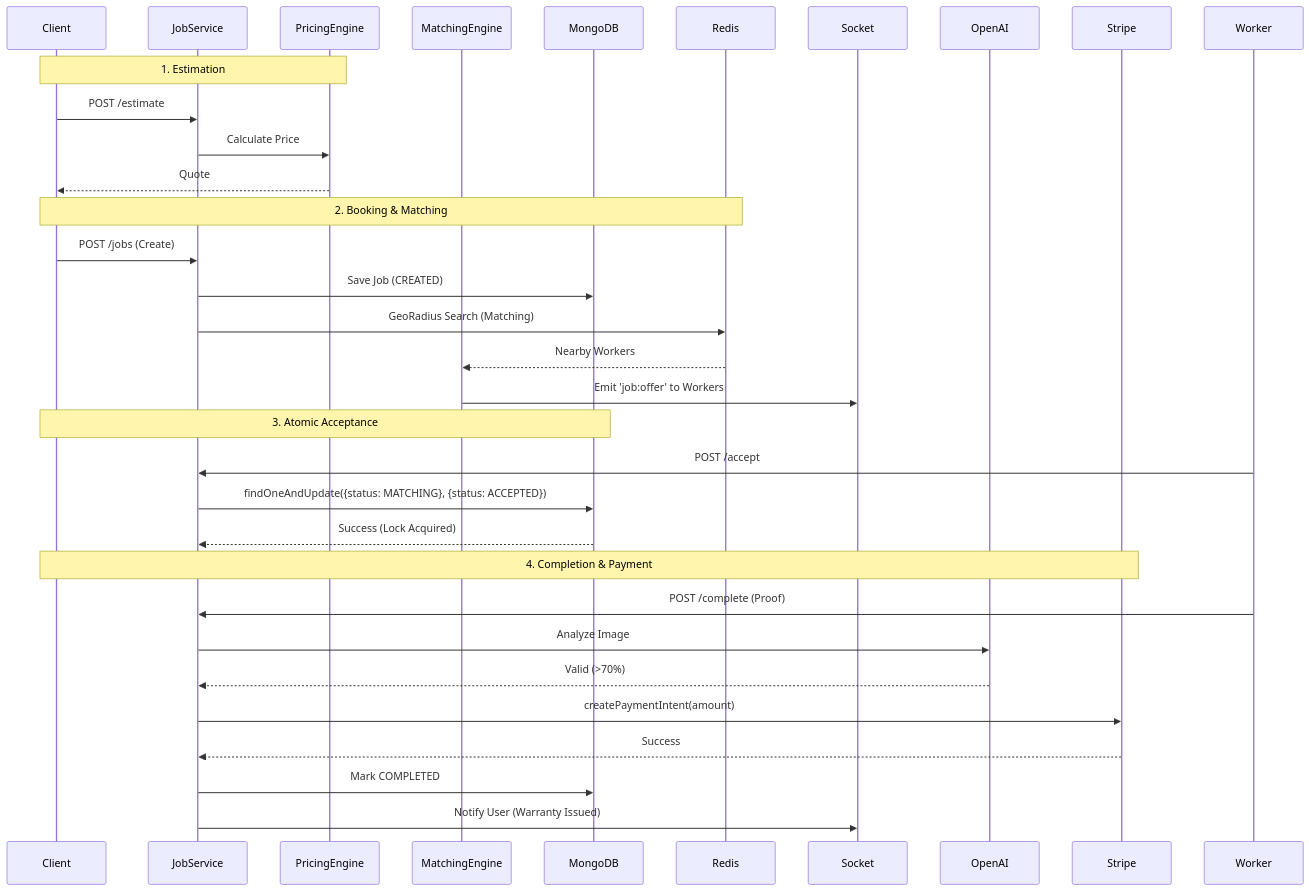
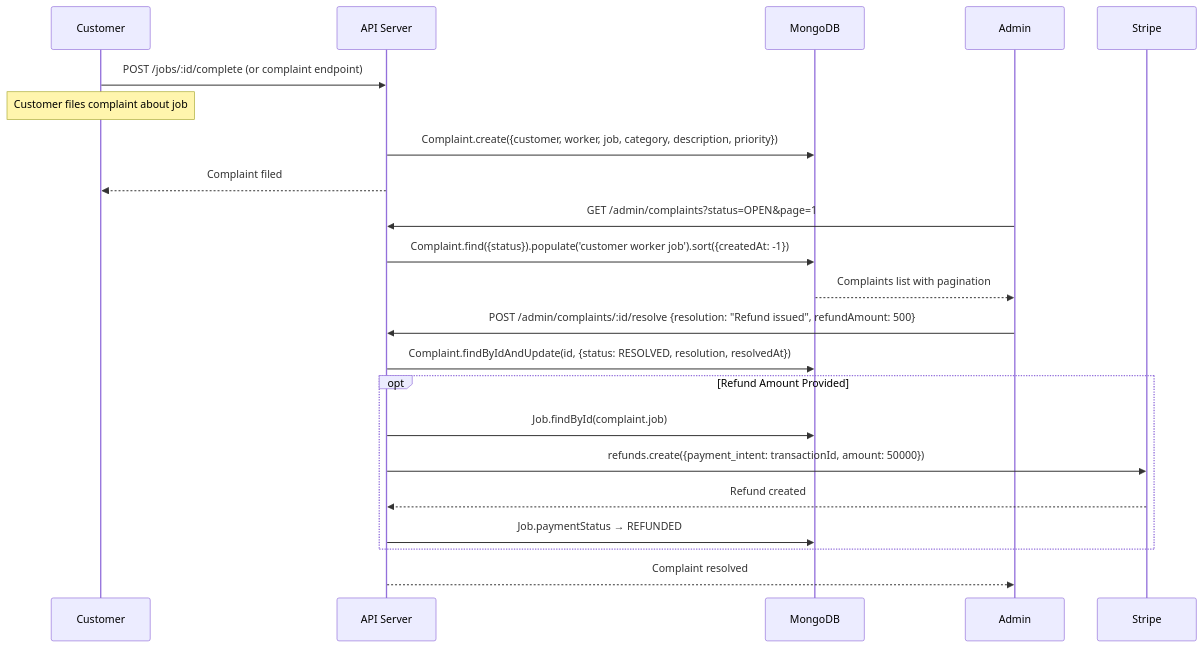
One commit to Somilg11/oddigo-v2 changed the eighth of 15 diagrams in docs_detailed_flows/DATA_FLOW_DIAGRAMS.md. Above: the diagram before and after it, drawn with Mermaid. The commit also changed other lines of this file and 67 other files, not shown here.

````diff
--- a/docs_detailed_flows/DATA_FLOW_DIAGRAMS.md
+++ b/docs_detailed_flows/DATA_FLOW_DIAGRAMS.md
@@ -80,38 +319,28 @@
 ```mermaid
 sequenceDiagram
-    participant Client
-    participant JobService
-    participant Pricing as PricingEngine
-    participant Match as MatchingEngine
+    participant C as Customer
+    participant API as API Server
     participant DB as MongoDB
-    participant Redis
-    participant Socket
-    participant AI as OpenAI
-    participant Pay as Stripe
+    participant A as Admin
+    participant Stripe
 
-    Note over Client, Pricing: 1. Estimation
-    Client->>JobService: POST /estimate
-    JobService->>Pricing: Calculate Price
-    Pricing-->>Client: Quote
+    C->>API: POST /jobs/:id/complete (or complaint endpoint)
+    Note over C: Customer files complaint about job
+    API->>DB: Complaint.create({customer, worker, job, category, description, priority})
+    API-->>C: Complaint filed
 
-    Note over Client, Redis: 2. Booking & Matching
-    Client->>JobService: POST /jobs (Create)
-    JobService->>DB: Save Job (CREATED)
-    JobService->>Redis: GeoRadius Search (Matching)
-    Redis-->>Match: Nearby Workers
-    Match->>Socket: Emit 'job:offer' to Workers
+    A->>API: GET /admin/complaints?status=OPEN&page=1
+    API->>DB: Complaint.find({status}).populate('customer worker job').sort({createdAt: -1})
+    DB-->>A: Complaints list with pagination
 
-    Note over Client, DB: 3. Atomic Acceptance
-    Worker->>JobService: POST /accept
-    JobService->>DB: findOneAndUpdate({status: MATCHING}, {status: ACCEPTED})
-    DB-->>JobService: Success (Lock Acquired)
-
-    Note over Client, Pay: 4. Completion & Payment
-    Worker->>JobService: POST /complete (Proof)
-    JobService->>AI: Analyze Image
-    AI-->>JobService: Valid (>70%)
-    JobService->>Pay: createPaymentIntent(amount)
-    Pay-->>JobService: Success
-    JobService->>DB: Mark COMPLETED
-    JobService->>Socket: Notify User (Warranty Issued)
+    A->>API: POST /admin/complaints/:id/resolve {resolution: "Refund issued", refundAmount: 500}
+    API->>DB: Complaint.findByIdAndUpdate(id, {status: RESOLVED, resolution, resolvedAt})
+    
+    opt Refund Amount Provided
+        API->>DB: Job.findById(complaint.job)
+        API->>Stripe: refunds.create({payment_intent: transactionId, amount: 50000})
+        Stripe-->>API: Refund created
+        API->>DB: Job.paymentStatus → REFUNDED
+    end
+    API-->>A: Complaint resolved
 ```
````
